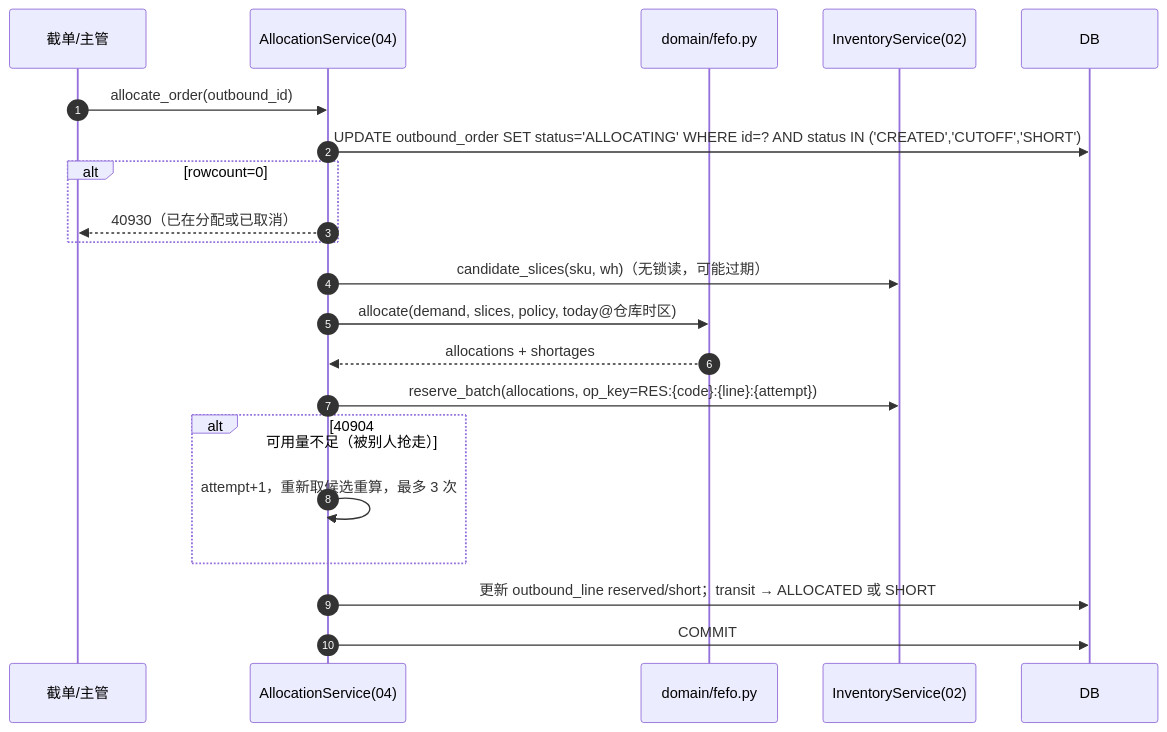
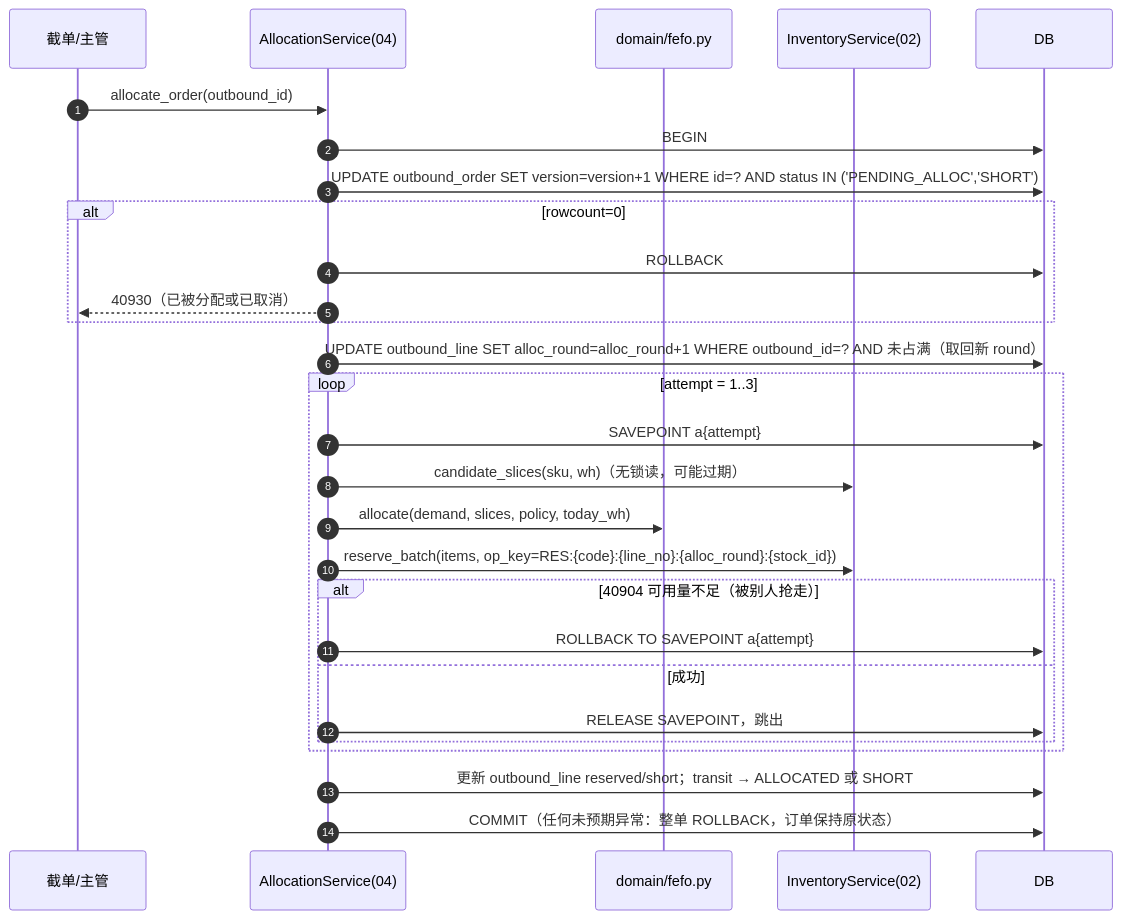
Before and after one commit to Akarin7784/fresh-wms: the third of 4 diagrams in docs/04-出库与分配.md, drawn with Mermaid. The commit also changed other lines of this file and 3 other files, not shown here.

Commit message:
docs(04,00): 按小赵 04 对抗评审修订（B1 alloc_round 占用键、B2 已拣量守卫、B3 引用 02 hold 口径、I1–I8、S1–S5）；00 新增部署形态、POD_OP/POD_CORRECT、4095x 配送号段、第 16 篇；schema 加 ck_obo_status/source_hash/alloc_round，lot 日期改 DATE

````diff
--- a/docs/04-出库与分配.md
+++ b/docs/04-出库与分配.md
@@ -221,23 +251,30 @@
 ```mermaid
 sequenceDiagram
   autonumber
   participant JOB as 截单/主管
   participant OB as AllocationService(04)
   participant FEFO as domain/fefo.py
   participant INV as InventoryService(02)
   participant DB
   JOB->>OB: allocate_order(outbound_id)
-  OB->>DB: UPDATE outbound_order SET status='ALLOCATING' WHERE id=? AND status IN ('CREATED','CUTOFF','SHORT')
+  OB->>DB: BEGIN
+  OB->>DB: UPDATE outbound_order SET version=version+1 WHERE id=? AND status IN ('PENDING_ALLOC','SHORT')
   alt rowcount=0
-    OB-->>JOB: 40930（已在分配或已取消）
+    OB->>DB: ROLLBACK
+    OB-->>JOB: 40930（已被分配或已取消）
   end
-  OB->>INV: candidate_slices(sku, wh)（无锁读，可能过期）
-  OB->>FEFO: allocate(demand, slices, policy, today@仓库时区)
-  FEFO-->>OB: allocations + shortages
-  OB->>INV: reserve_batch(allocations, op_key=RES:{code}:{line}:{attempt})
-  alt 40904 可用量不足（被别人抢走）
-    OB->>OB: attempt+1，重新取候选重算，最多 3 次
+  OB->>DB: UPDATE outbound_line SET alloc_round=alloc_round+1 WHERE outbound_id=? AND 未占满（取回新 round）
+  loop attempt = 1..3
+    OB->>DB: SAVEPOINT a{attempt}
+    OB->>INV: candidate_slices(sku, wh)（无锁读，可能过期）
+    OB->>FEFO: allocate(demand, slices, policy, today_wh)
+    OB->>INV: reserve_batch(items, op_key=RES:{code}:{line_no}:{alloc_round}:{stock_id})
+    alt 40904 可用量不足（被别人抢走）
+      OB->>DB: ROLLBACK TO SAVEPOINT a{attempt}
+    else 成功
+      OB->>DB: RELEASE SAVEPOINT，跳出
+    end
   end
   OB->>DB: 更新 outbound_line reserved/short；transit → ALLOCATED 或 SHORT
-  OB->>DB: COMMIT
+  OB->>DB: COMMIT（任何未预期异常：整单 ROLLBACK，订单保持原状态）
 ```
````
